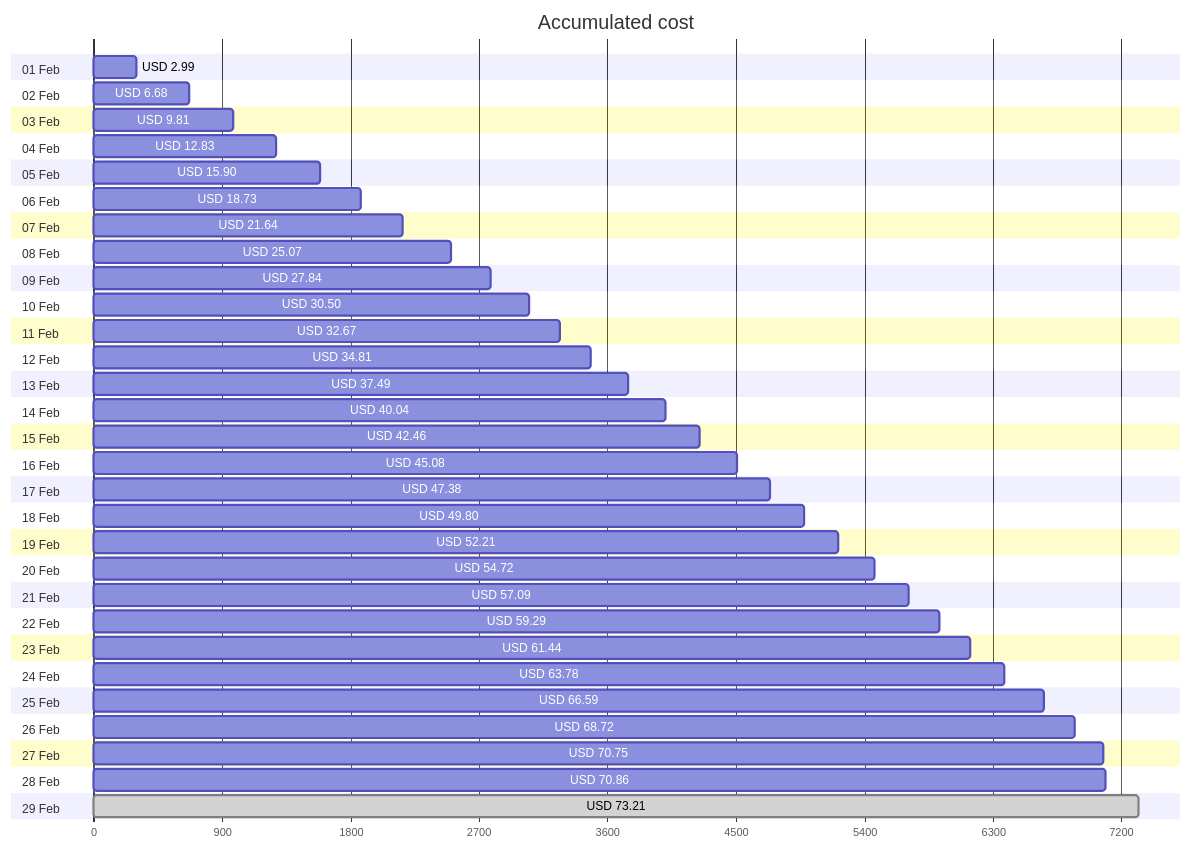
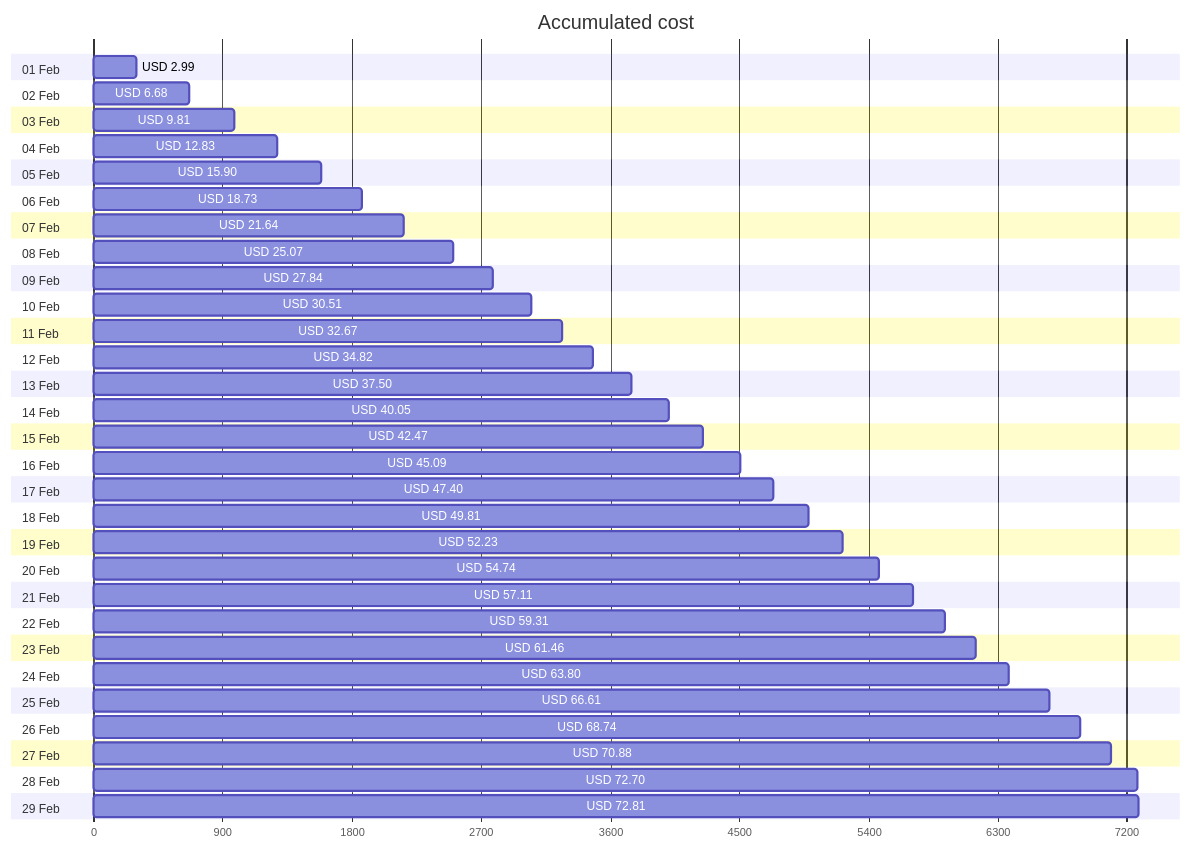
The first of 4 diagrams in cost-reports/accumulated-cost.md (jpfulton/azure-personal-reports), drawn with Mermaid before and after one commit. The commit also changed other lines of this file and 4 other files, not shown here.

````diff
--- a/cost-reports/accumulated-cost.md
+++ b/cost-reports/accumulated-cost.md
@@ -20,64 +20,64 @@
 ```mermaid
 gantt
    title Accumulated cost
    dateFormat  X
    axisFormat %s
    section 01 Feb
    USD 2.99 :0, 299
    section 02 Feb
    USD 6.68 :0, 668
    section 03 Feb
    USD 9.81 :0, 981
    section 04 Feb
    USD 12.83 :0, 1283
    section 05 Feb
    USD 15.90 :0, 1590
    section 06 Feb
    USD 18.73 :0, 1873
    section 07 Feb
    USD 21.64 :0, 2164
    section 08 Feb
    USD 25.07 :0, 2507
    section 09 Feb
    USD 27.84 :0, 2784
    section 10 Feb
-   USD 30.50 :0, 3050
+   USD 30.51 :0, 3051
    section 11 Feb
    USD 32.67 :0, 3267
    section 12 Feb
-   USD 34.81 :0, 3481
+   USD 34.82 :0, 3482
    section 13 Feb
-   USD 37.49 :0, 3749
+   USD 37.50 :0, 3750
    section 14 Feb
-   USD 40.04 :0, 4004
+   USD 40.05 :0, 4005
    section 15 Feb
-   USD 42.46 :0, 4246
+   USD 42.47 :0, 4247
    section 16 Feb
-   USD 45.08 :0, 4508
+   USD 45.09 :0, 4509
    section 17 Feb
-   USD 47.38 :0, 4738
+   USD 47.40 :0, 4740
    section 18 Feb
-   USD 49.80 :0, 4980
+   USD 49.81 :0, 4981
    section 19 Feb
-   USD 52.21 :0, 5221
+   USD 52.23 :0, 5223
    section 20 Feb
-   USD 54.72 :0, 5472
+   USD 54.74 :0, 5474
    section 21 Feb
-   USD 57.09 :0, 5709
+   USD 57.11 :0, 5711
    section 22 Feb
-   USD 59.29 :0, 5929
+   USD 59.31 :0, 5931
    section 23 Feb
-   USD 61.44 :0, 6144
+   USD 61.46 :0, 6146
    section 24 Feb
-   USD 63.78 :0, 6378
+   USD 63.80 :0, 6380
    section 25 Feb
-   USD 66.59 :0, 6659
+   USD 66.61 :0, 6661
    section 26 Feb
-   USD 68.72 :0, 6872
+   USD 68.74 :0, 6874
    section 27 Feb
-   USD 70.75 :0, 7075
+   USD 70.88 :0, 7088
    section 28 Feb
-   USD 70.86 :0, 7086
+   USD 72.70 :0, 7270
    section 29 Feb
-   USD 73.21 : done, 0, 7321
+   USD 72.81 :0, 7281
 ```
````
